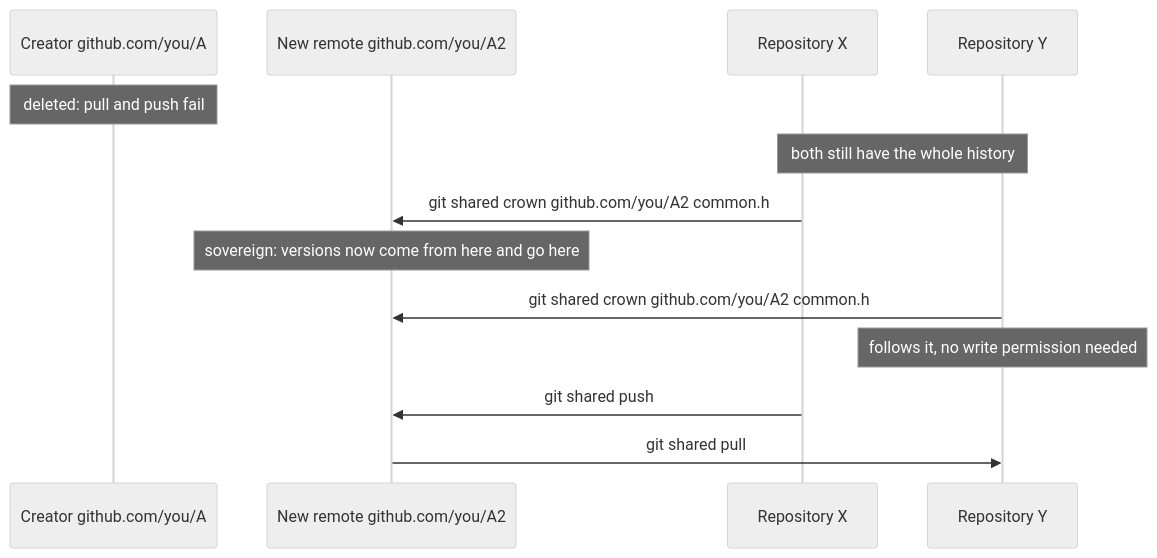
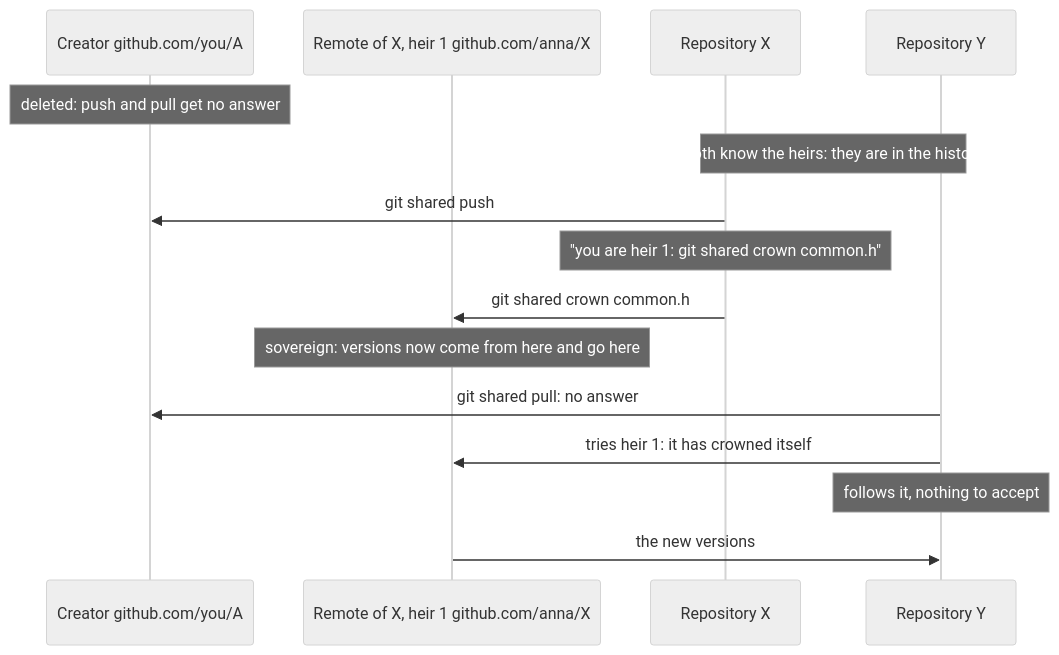
One commit to AcAjoInox/Shared-Files-for-Git changed the third of 4 diagrams in README.md. Above: the diagram before and after it, drawn with Mermaid (neutral theme). The commit also changed other lines of this file and 1 other file, not shown here.

````diff
--- a/README.md
+++ b/README.md
@@ -166,15 +174,17 @@
 ```mermaid
 sequenceDiagram
     participant C as Creator github.com/you/A
-    participant S as New remote github.com/you/A2
+    participant H as Remote of X, heir 1 github.com/anna/X
     participant X as Repository X
     participant Y as Repository Y
-    Note over C: deleted: pull and push fail
-    Note over X,Y: both still have the whole history
-    X->>S: git shared crown github.com/you/A2 common.h
-    Note over S: sovereign: versions now come from here and go here
-    Y->>S: git shared crown github.com/you/A2 common.h
-    Note over Y: follows it, no write permission needed
-    X->>S: git shared push
-    S->>Y: git shared pull
+    Note over C: deleted: push and pull get no answer
+    Note over X,Y: both know the heirs: they are in the history
+    X->>C: git shared push
+    Note over X: "you are heir 1: git shared crown common.h"
+    X->>H: git shared crown common.h
+    Note over H: sovereign: versions now come from here and go here
+    Y->>C: git shared pull: no answer
+    Y->>H: tries heir 1: it has crowned itself
+    Note over Y: follows it, nothing to accept
+    H->>Y: the new versions
 ```
````
